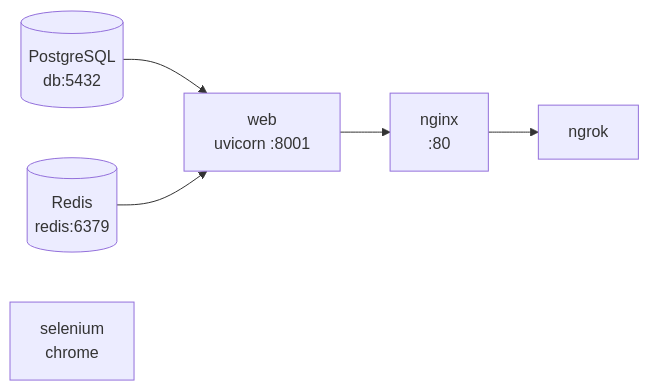
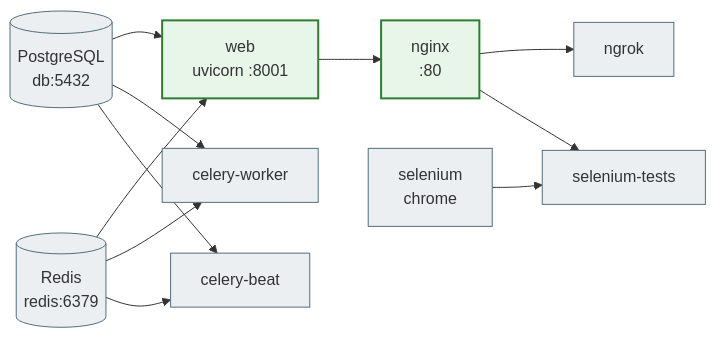
Before and after one commit to NikoriakViktot/notes_chat_app: the second of 2 diagrams in docs/12_final_project/architecture.md, drawn with Mermaid. The commit also changed other lines of this file and 441 other files, not shown here.

First line of the commit message:
Add English version of the book, Mermaid standard, docs fixes

````diff
--- a/docs/12_final_project/architecture.md
+++ b/docs/12_final_project/architecture.md
@@ -75,14 +85,29 @@
 ```mermaid
 flowchart LR
-    db[(PostgreSQL\ndb:5432)]
-    redis[(Redis\nredis:6379)]
-    web[web\nuvicorn :8001]
-    nginx[nginx\n:80]
+    db[("PostgreSQL<br>db:5432")]
+    redis[("Redis<br>redis:6379")]
+    web["web<br>uvicorn :8001"]
+    nginx["nginx<br>:80"]
     ngrok[ngrok]
-    selenium[selenium\nchrome]
+    worker[celery-worker]
+    beat[celery-beat]
+    selenium["selenium<br>chrome"]
+    stests[selenium-tests]
 
     db --> web
     redis --> web
     web --> nginx
     nginx --> ngrok
+    db --> worker
+    redis --> worker
+    db --> beat
+    redis --> beat
+    selenium --> stests
+    nginx --> stests
+
+    classDef step     fill:#eceff1,stroke:#546e7a,stroke-width:1px;
+    classDef success  fill:#e8f5e9,stroke:#2e7d32,stroke-width:2px;
+
+    class db,redis,ngrok,worker,beat,selenium,stests step;
+    class web,nginx success;
 ```
````
